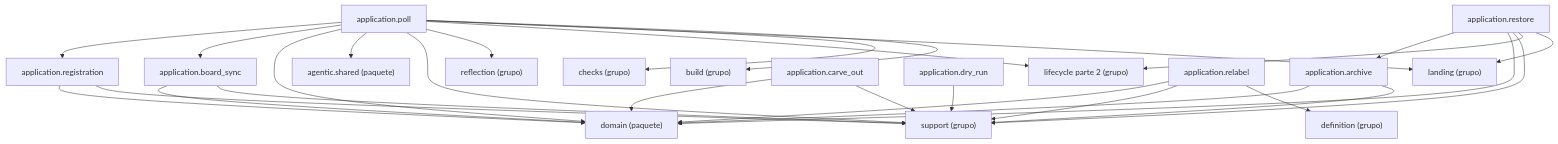
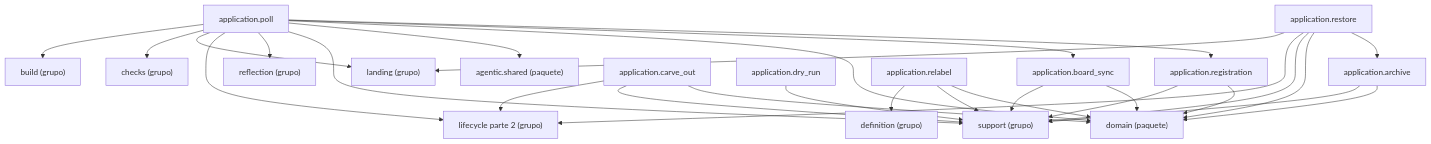
One commit to GonzaloZevallos/agentic-system changed the diagram in docs/architecture/generated/packages-process-application-lifecycle-1.md. Above: the diagram before and after it, drawn with Mermaid. The commit also changed 2 other files, not shown here.

Commit message:
Re-point the part's dependents, comment on the part and add finish_carve
apply_carve becomes a linear resume walk so a run cut anywhere completes what is missing; finish_carve is the only writer of outcome applied. Regenerated architecture doc for the new import.

````diff
--- a/docs/architecture/generated/packages-process-application-lifecycle-1.md
+++ b/docs/architecture/generated/packages-process-application-lifecycle-1.md
@@ -16,47 +16,48 @@
 ```mermaid
 graph TD
     g_application__build["build (grupo)"]
     g_application__checks["checks (grupo)"]
     g_application__definition["definition (grupo)"]
     g_application__landing["landing (grupo)"]
     g_application__lifecycle__2["lifecycle parte 2 (grupo)"]
     g_application__reflection["reflection (grupo)"]
     g_application__support["support (grupo)"]
     g_pkg__agentic__shared["agentic.shared (paquete)"]
     g_pkg__domain["domain (paquete)"]
     m_application__archive["application.archive"]
     m_application__board_sync["application.board_sync"]
     m_application__carve_out["application.carve_out"]
     m_application__dry_run["application.dry_run"]
     m_application__poll["application.poll"]
     m_application__registration["application.registration"]
     m_application__relabel["application.relabel"]
     m_application__restore["application.restore"]
     m_application__archive --> g_application__support
     m_application__archive --> g_pkg__domain
     m_application__board_sync --> g_application__support
     m_application__board_sync --> g_pkg__domain
+    m_application__carve_out --> g_application__lifecycle__2
     m_application__carve_out --> g_application__support
     m_application__carve_out --> g_pkg__domain
     m_application__dry_run --> g_application__support
     m_application__poll --> g_application__build
     m_application__poll --> g_application__checks
     m_application__poll --> g_application__landing
     m_application__poll --> g_application__lifecycle__2
     m_application__poll --> g_application__reflection
     m_application__poll --> g_application__support
     m_application__poll --> g_pkg__agentic__shared
     m_application__poll --> g_pkg__domain
     m_application__poll --> m_application__board_sync
     m_application__poll --> m_application__registration
     m_application__registration --> g_application__support
     m_application__registration --> g_pkg__domain
     m_application__relabel --> g_application__definition
     m_application__relabel --> g_application__support
     m_application__relabel --> g_pkg__domain
     m_application__restore --> g_application__landing
     m_application__restore --> g_application__lifecycle__2
     m_application__restore --> g_application__support
     m_application__restore --> g_pkg__domain
     m_application__restore --> m_application__archive
 ```
````
